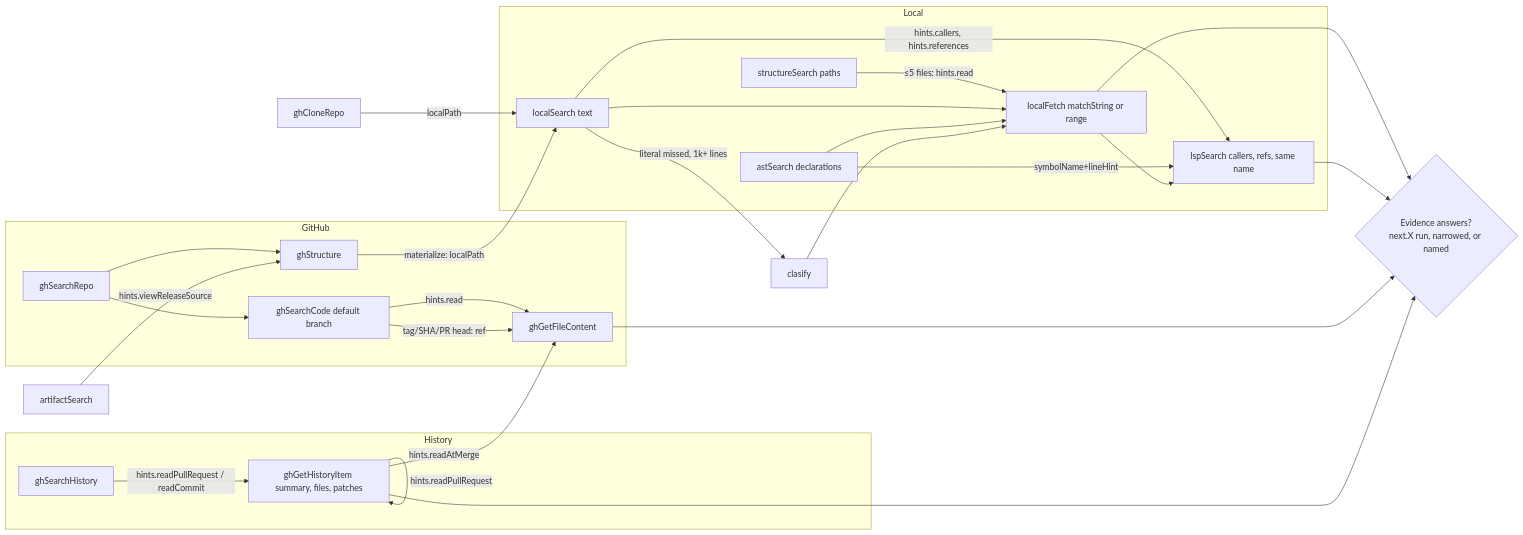
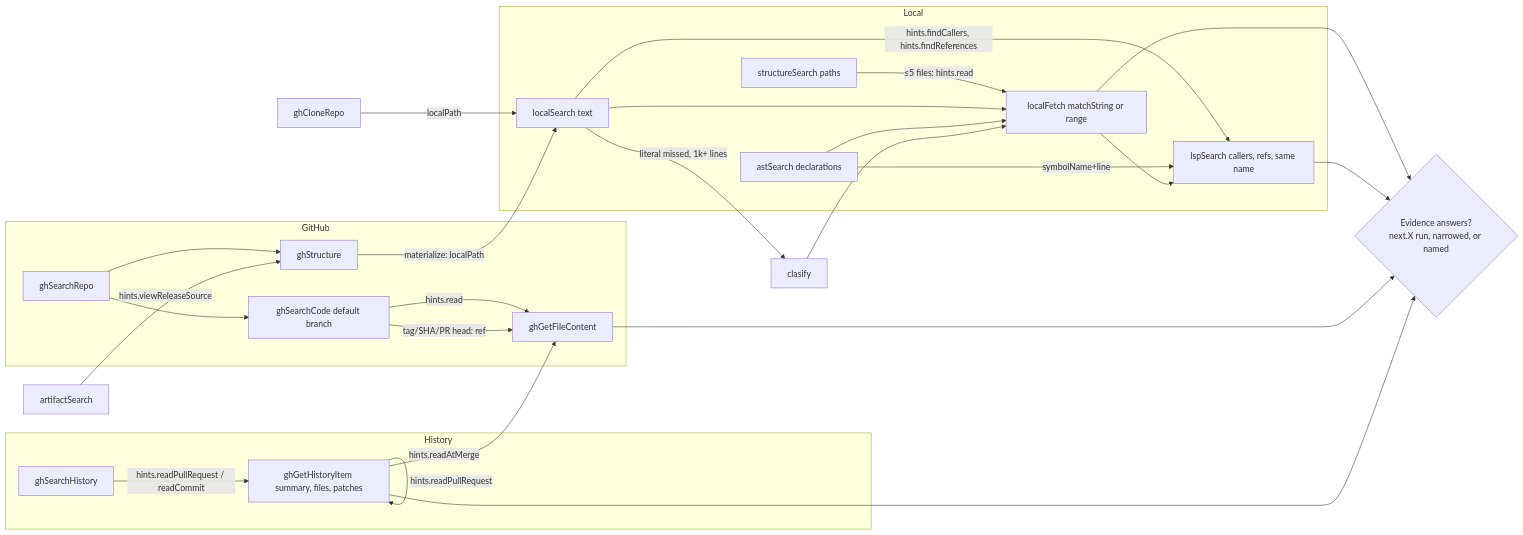
One commit to bgauryy/octocode-mcp changed the first of 9 diagrams in docs/OCTOCODE_WORKFLOWS.md. Above: the diagram before and after it, drawn with Mermaid. The commit also changed other lines of this file and 698 other files, not shown here.

````diff
--- a/docs/OCTOCODE_WORKFLOWS.md
+++ b/docs/OCTOCODE_WORKFLOWS.md
@@ -21,42 +22,42 @@
 ```mermaid
 flowchart LR
   subgraph Local
     SS[structureSearch paths]
     LS[localSearch text]
     AS[astSearch declarations]
     LF[localFetch matchString or range]
     LSP[lspSearch callers, refs, same name]
   end
   subgraph GitHub
     GR[ghSearchRepo]
     GC[ghSearchCode default branch]
     GS[ghStructure]
     GF[ghGetFileContent]
   end
   subgraph History
     GH[ghSearchHistory]
     GI[ghGetHistoryItem summary, files, patches]
   end
   AR[artifactSearch]
   CR[ghCloneRepo]
   CL[clasify]
   DONE{Evidence answers?<br/>next.X run, narrowed, or named}
   SS -->|"≤5 files: hints.read"| LF
   LS & AS --> LF
-  LS -->|hints.callers, hints.references| LSP
-  AS -->|symbolName+lineHint| LSP
+  LS -->|hints.findCallers, hints.findReferences| LSP
+  AS -->|symbolName+line| LSP
   LF --> LSP
   GR --> GC & GS
   GC -->|hints.read| GF
   GC -->|"tag/SHA/PR head: ref"| GF
   GH -->|hints.readPullRequest / readCommit| GI
   GI -->|next.continuePatch / nextFilePage| GI
   GI -->|hints.readPullRequest| GI
   GI -->|hints.readAtMerge| GF
   AR -->|hints.viewReleaseSource| GS
   GS -->|materialize: localPath| LS
   CR -->|localPath| LS
   LS -->|"literal missed, 1k+ lines"| CL
   CL --> LF
   LF & LSP & GF & GI --> DONE
 ```
````
